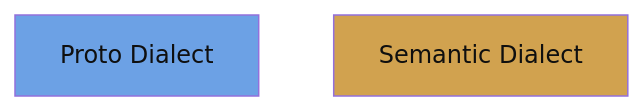
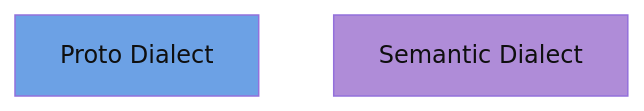
Before and after one commit to alnovis/nebula: the second of 3 diagrams in docs/MERMAID_EXPORT.md, drawn with Mermaid. The commit also changed 20 other files, not shown here.

````diff
--- a/docs/MERMAID_EXPORT.md
+++ b/docs/MERMAID_EXPORT.md
@@ -214,8 +214,8 @@
 ```mermaid
 flowchart TB
     P["Proto Dialect"]
     S["Semantic Dialect"]
 
     style P fill:#6ca1e5,color:#0f0f0f
-    style S fill:#d1a24f,color:#0f0f0f
+    style S fill:#af8cd8,color:#0f0f0f
 ```
````
